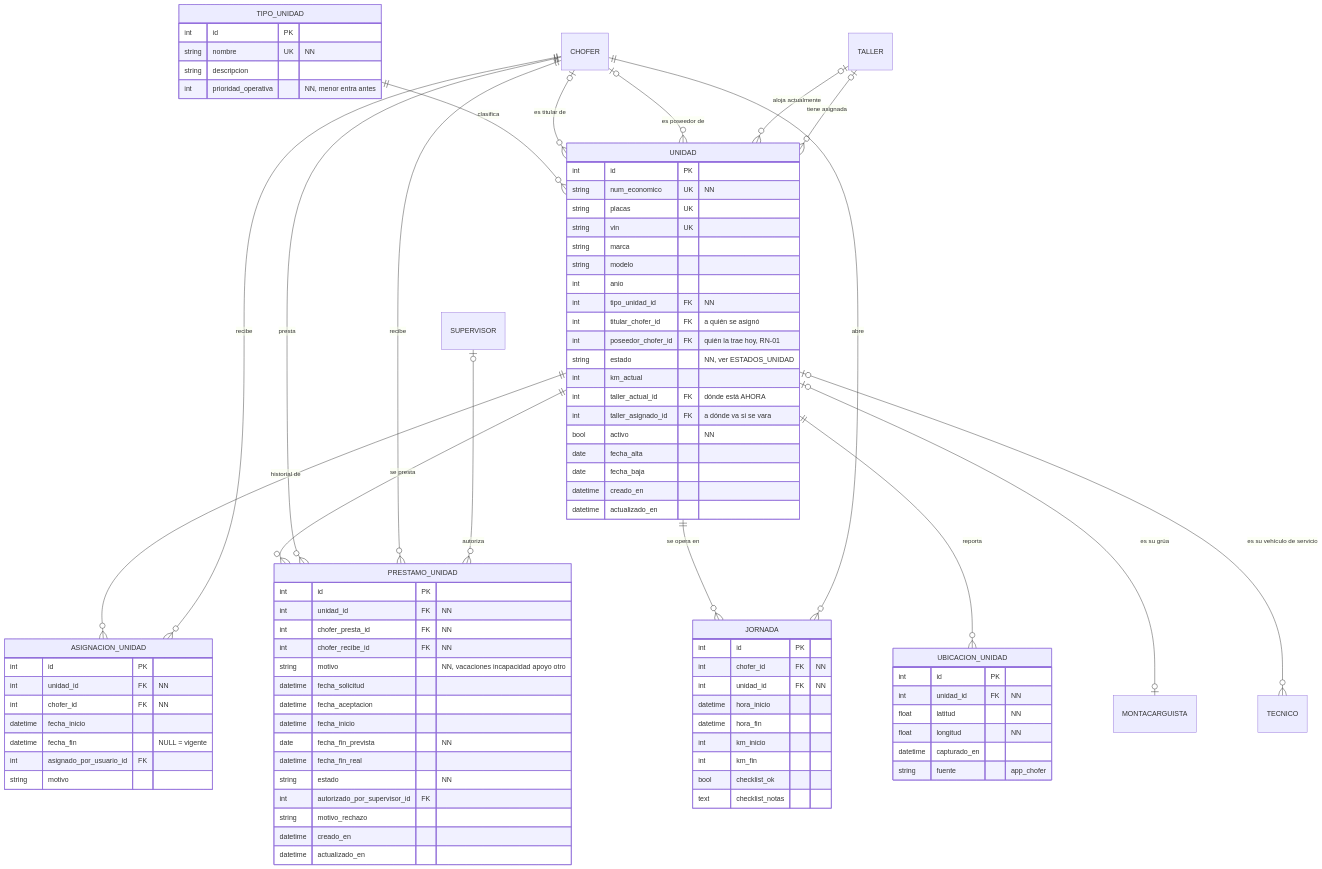
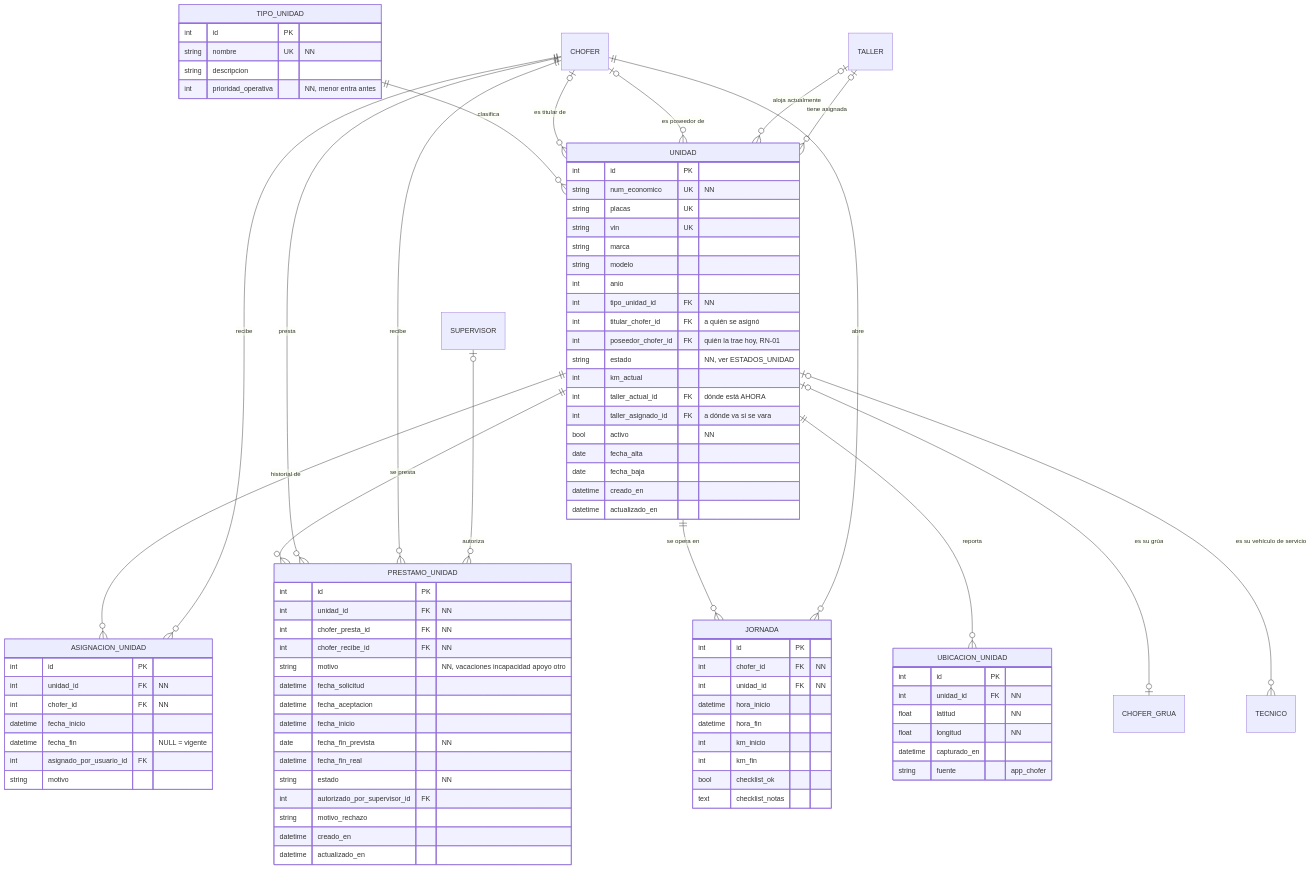
One commit to Villener/Prueba changed the third of 9 diagrams in docs/modelo-er-mermaid.md. Above: the diagram before and after it, drawn with Mermaid. The commit also changed other lines of this file and 15 other files, not shown here.

````diff
--- a/docs/modelo-er-mermaid.md
+++ b/docs/modelo-er-mermaid.md
@@ -288,6 +288,6 @@
     UNIDAD ||--o{ JORNADA : "se opera en"
     CHOFER ||--o{ JORNADA : "abre"
     UNIDAD ||--o{ UBICACION_UNIDAD : "reporta"
-    UNIDAD |o--o| MONTACARGUISTA : "es su grúa"
+    UNIDAD |o--o| CHOFER_GRUA : "es su grúa"
     UNIDAD |o--o{ TECNICO : "es su vehículo de servicio"
 ```
````
